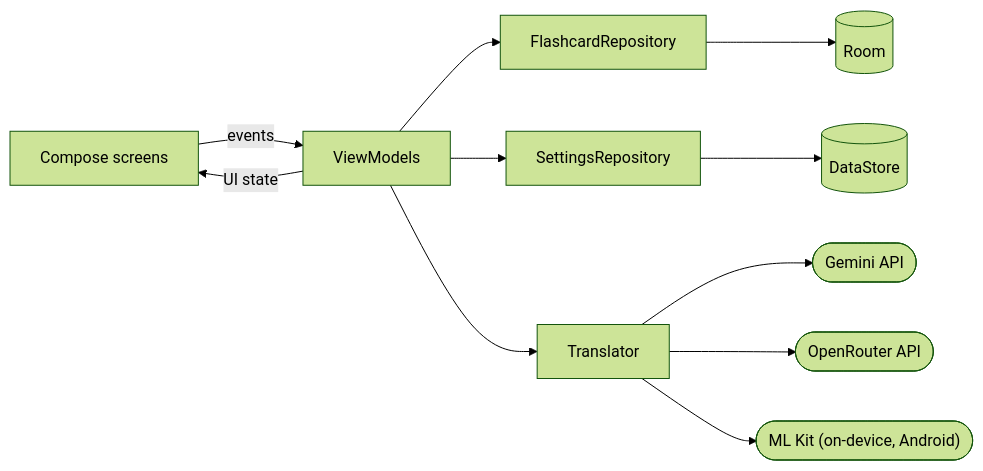
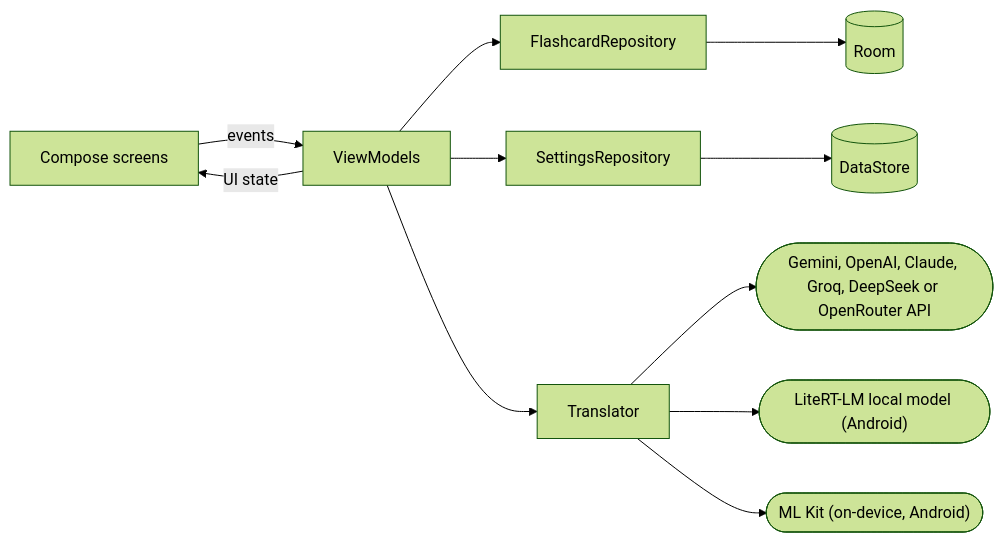
Before and after one commit to Andreas-Erick/LanguageCoast: the diagram in README.md, drawn with Mermaid (forest theme). The commit also changed other lines of this file and 12 other files, not shown here.

````diff
--- a/README.md
+++ b/README.md
@@ -116,10 +117,10 @@
 ```mermaid
 flowchart LR
     UI["Compose screens"] -- events --> VM["ViewModels"]
     VM -- UI state --> UI
     VM --> FR["FlashcardRepository"] --> Room[("Room")]
     VM --> SR["SettingsRepository"] --> DS[("DataStore")]
-    VM --> TR["Translator"] --> Gemini(["Gemini API"])
-    TR --> OpenRouter(["OpenRouter API"])
+    VM --> TR["Translator"] --> Cloud(["Gemini, OpenAI, Claude, Groq, DeepSeek or OpenRouter API"])
+    TR --> LocalAI(["LiteRT-LM local model (Android)"])
     TR --> MLKit(["ML Kit (on-device, Android)"])
 ```
````
